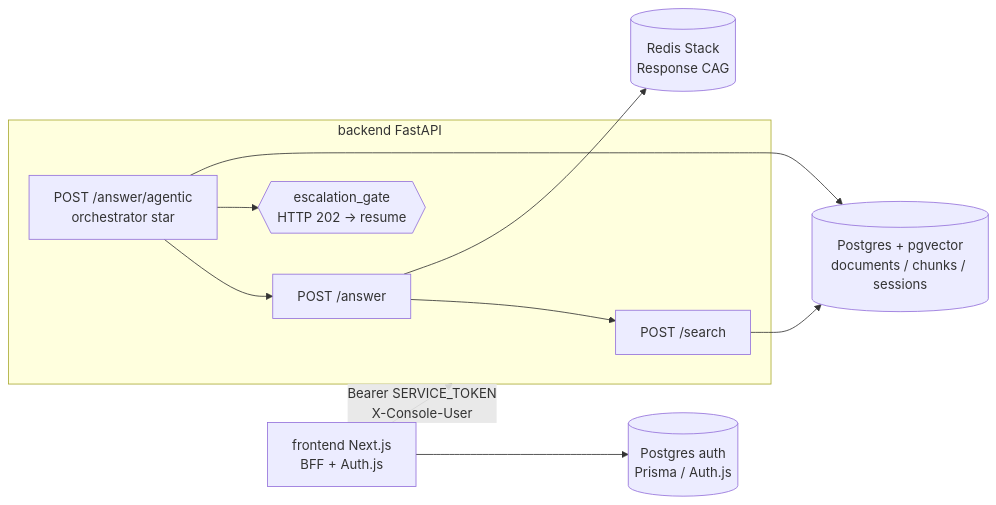
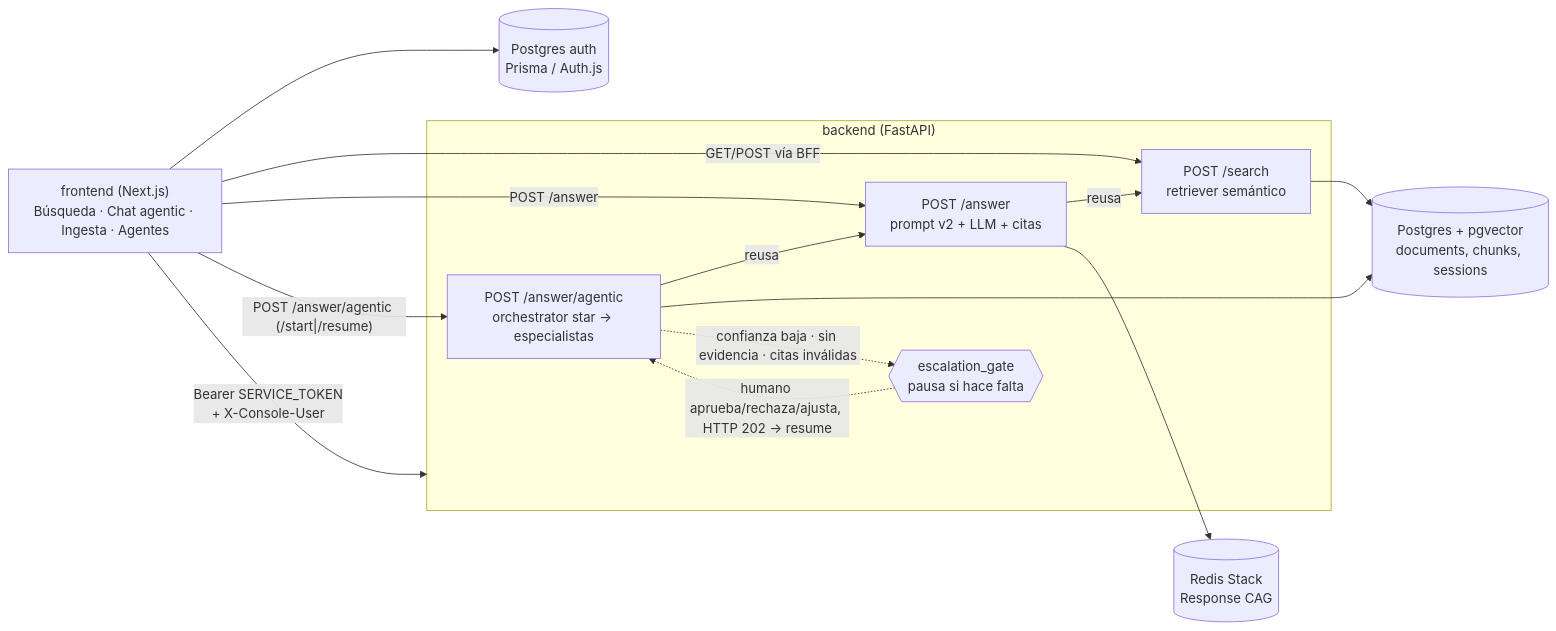
One commit to raulahumada/lidr-finalproject changed the diagram in README.md. Above: the diagram before and after it, drawn with Mermaid. The commit also changed other lines of this file, not shown here.

````diff
--- a/README.md
+++ b/README.md
@@ -16,22 +24,28 @@
 ```mermaid
 flowchart LR
-  UI["frontend Next.js<br/>BFF + Auth.js"]
-  subgraph API["backend FastAPI"]
-    RET["POST /search"]
-    ANS["POST /answer"]
-    ORCH["POST /answer/agentic<br/>orchestrator star"]
-    GATE{{"escalation_gate<br/>HTTP 202 → resume"}}
-  end
-  PG[("Postgres + pgvector<br/>documents / chunks / sessions")]
-  AUTH[("Postgres auth<br/>Prisma / Auth.js")]
-  REDIS[("Redis Stack<br/>Response CAG")]
+    UI["frontend (Next.js)<br/>Búsqueda · Chat agentic · Ingesta · Agentes"]
 
-  UI -->|"Bearer SERVICE_TOKEN<br/>X-Console-User"| API
-  UI --> AUTH
-  RET --> PG
-  ANS --> RET
-  ANS --> REDIS
-  ORCH --> ANS
-  ORCH --> GATE
-  ORCH --> PG
+    subgraph API["backend (FastAPI)"]
+        RET["POST /search<br/>retriever semántico"]
+        GEN["POST /answer<br/>prompt v2 + LLM + citas"]
+        ORCH["POST /answer/agentic<br/>orchestrator star → especialistas"]
+        GATE{{"escalation_gate<br/>pausa si hace falta"}}
+    end
+
+    PG[("Postgres + pgvector<br/>documents, chunks, sessions")]
+    AUTH[("Postgres auth<br/>Prisma / Auth.js")]
+    REDIS[("Redis Stack<br/>Response CAG")]
+
+    UI -->|"Bearer SERVICE_TOKEN<br/>+ X-Console-User"| API
+    UI --> AUTH
+    UI -->|"GET/POST vía BFF"| RET
+    UI -->|"POST /answer"| GEN
+    UI -->|"POST /answer/agentic (/start|/resume)"| ORCH
+    RET --> PG
+    GEN -->|reusa| RET
+    GEN --> REDIS
+    ORCH -->|reusa| GEN
+    ORCH --> PG
+    ORCH -.confianza baja · sin evidencia · citas inválidas.-> GATE
+    GATE -.humano aprueba/rechaza/ajusta, HTTP 202 → resume.-> ORCH
 ```
````
